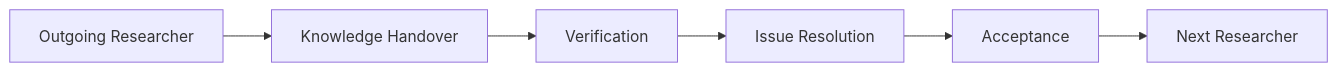
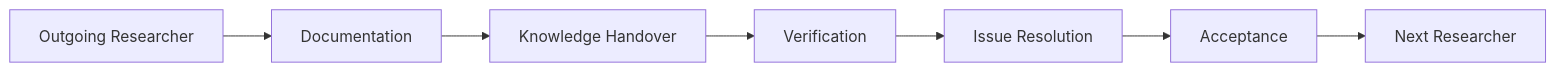
The second of 2 diagrams in 10-knowledge-transfer.md (raycg/Open-Research-Playbook), drawn with Mermaid before and after one commit. The commit also changed other lines of this file, not shown here.

````diff
--- a/10-knowledge-transfer.md
+++ b/10-knowledge-transfer.md
@@ -87,15 +99,17 @@
 ```mermaid
 graph LR
     O[Outgoing Researcher]
+    D[Documentation]
     H[Knowledge Handover]
     V[Verification]
     I[Issue Resolution]
     A[Acceptance]
     N[Next Researcher]
 
-    O --> H
+    O --> D
+    D --> H
     H --> V
     V --> I
     I --> A
     A --> N
 ```
````
